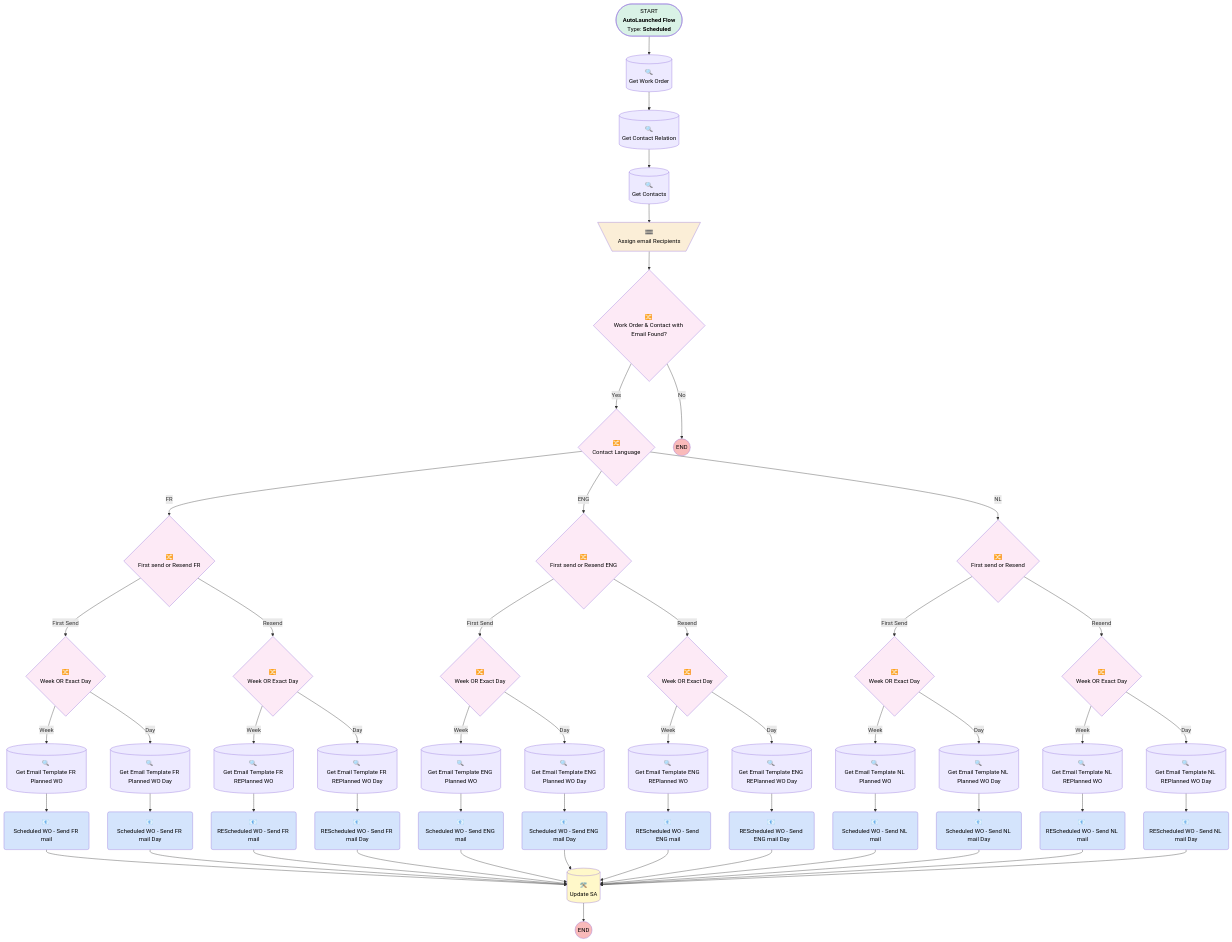
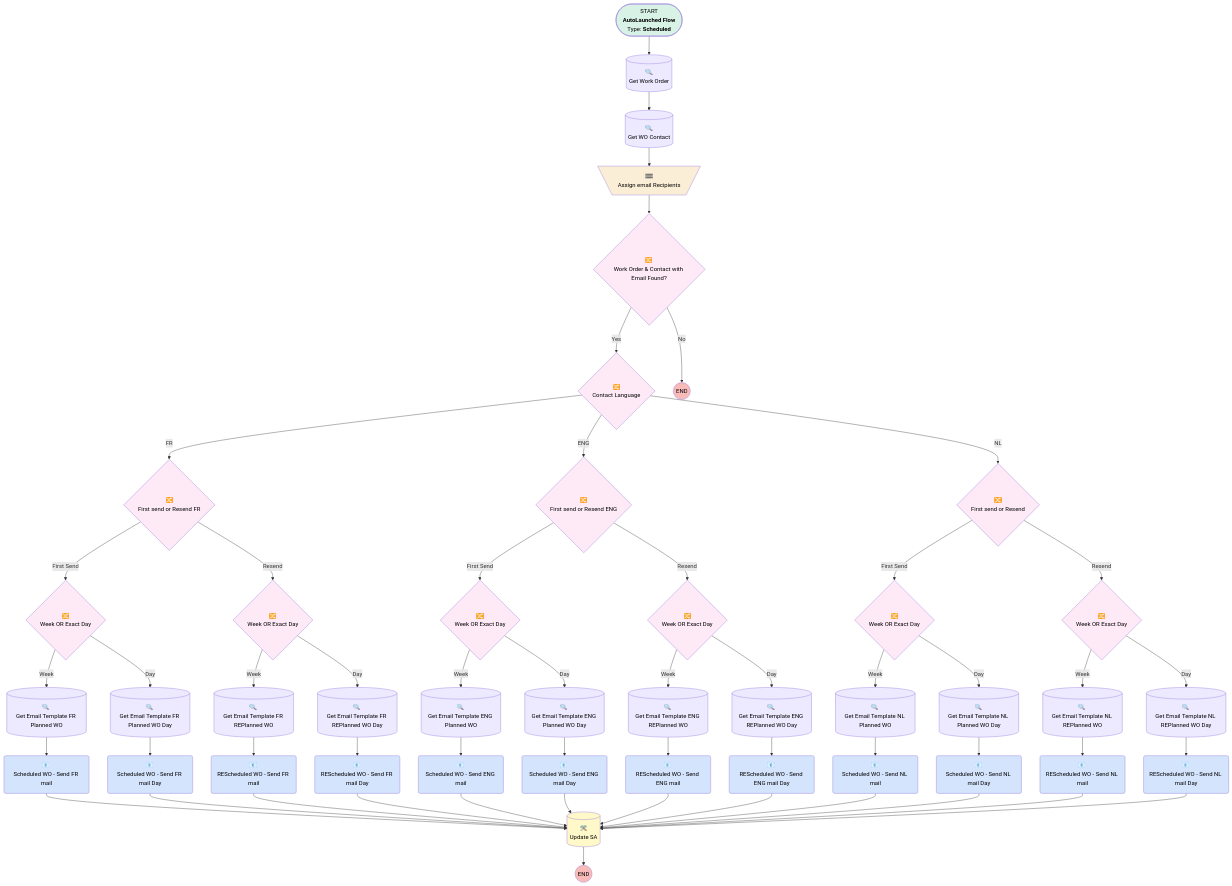
Before and after one commit to fpardon-upeo/krinkels-monitoring: the diagram in docs/flows/Service_Appointment_Scheduled_Customer_Notification.md, drawn with Mermaid. The commit also changed other lines of this file and 276 other files, not shown here.

```diff
--- a/docs/flows/Service_Appointment_Scheduled_Customer_Notification.md
+++ b/docs/flows/Service_Appointment_Scheduled_Customer_Notification.md
@@ -11,49 +11,49 @@
 
 flowchart TB
 START(["START<br/><b>AutoLaunched Flow</b></br>Type: <b> Scheduled</b>"]):::startClass
-click START "#general-information" "1355914100"
+click START "#general-information" "1013521487"
 
 REScheduled_WO_Send_ENG_mail("📧 <em></em><br/>REScheduled WO - Send ENG mail"):::actionCalls
-click REScheduled_WO_Send_ENG_mail "#rescheduled_wo_send_eng_mail" "2135964102"
+click REScheduled_WO_Send_ENG_mail "#rescheduled_wo_send_eng_mail" "1563395032"
 
 REScheduled_WO_Send_ENG_mail_Day("📧 <em></em><br/>REScheduled WO - Send ENG mail Day"):::actionCalls
-click REScheduled_WO_Send_ENG_mail_Day "#rescheduled_wo_send_eng_mail_day" "1848631256"
+click REScheduled_WO_Send_ENG_mail_Day "#rescheduled_wo_send_eng_mail_day" "808690215"
 
 REScheduled_WO_Send_FR_mail("📧 <em></em><br/>REScheduled WO - Send FR mail"):::actionCalls
-click REScheduled_WO_Send_FR_mail "#rescheduled_wo_send_fr_mail" "1298286610"
+click REScheduled_WO_Send_FR_mail "#rescheduled_wo_send_fr_mail" "4287079472"
 
 REScheduled_WO_Send_FR_mail_Day("📧 <em></em><br/>REScheduled WO - Send FR mail Day"):::actionCalls
-click REScheduled_WO_Send_FR_mail_Day "#rescheduled_wo_send_fr_mail_day" "3255687445"
+click REScheduled_WO_Send_FR_mail_Day "#rescheduled_wo_send_fr_mail_day" "255685198"
 
 REScheduled_WO_Send_NL_mail("📧 <em></em><br/>REScheduled WO - Send NL mail"):::actionCalls
-click REScheduled_WO_Send_NL_mail "#rescheduled_wo_send_nl_mail" "3265677256"
+click REScheduled_WO_Send_NL_mail "#rescheduled_wo_send_nl_mail" "1573337660"
 
 REScheduled_WO_Send_NL_mail_Day("📧 <em></em><br/>REScheduled WO - Send NL mail Day"):::actionCalls
-click REScheduled_WO_Send_NL_mail_Day "#rescheduled_wo_send_nl_mail_day" "3561876225"
+click REScheduled_WO_Send_NL_mail_Day "#rescheduled_wo_send_nl_mail_day" "272357784"
 
 Scheduled_WO_Send_ENG_mail("📧 <em></em><br/>Scheduled WO - Send ENG mail"):::actionCalls
-click Scheduled_WO_Send_ENG_mail "#scheduled_wo_send_eng_mail" "3544746943"
+click Scheduled_WO_Send_ENG_mail "#scheduled_wo_send_eng_mail" "3536185047"
 
 Scheduled_WO_Send_ENG_mail_Day("📧 <em></em><br/>Scheduled WO - Send ENG mail Day"):::actionCalls
-click Scheduled_WO_Send_ENG_mail_Day "#scheduled_wo_send_eng_mail_day" "4089875781"
+click Scheduled_WO_Send_ENG_mail_Day "#scheduled_wo_send_eng_mail_day" "3169031084"
 
 Scheduled_WO_Send_FR_mail("📧 <em></em><br/>Scheduled WO - Send FR mail"):::actionCalls
-click Scheduled_WO_Send_FR_mail "#scheduled_wo_send_fr_mail" "3198771491"
+click Scheduled_WO_Send_FR_mail "#scheduled_wo_send_fr_mail" "3873809746"
 
 Scheduled_WO_Send_FR_mail_Day("📧 <em></em><br/>Scheduled WO - Send FR mail Day"):::actionCalls
-click Scheduled_WO_Send_FR_mail_Day "#scheduled_wo_send_fr_mail_day" "1764086241"
+click Scheduled_WO_Send_FR_mail_Day "#scheduled_wo_send_fr_mail_day" "1542042991"
 
 Scheduled_WO_Send_NL_mail("📧 <em></em><br/>Scheduled WO - Send NL mail"):::actionCalls
-click Scheduled_WO_Send_NL_mail "#scheduled_wo_send_nl_mail" "4240238333"
+click Scheduled_WO_Send_NL_mail "#scheduled_wo_send_nl_mail" "1697756540"
 
 Scheduled_WO_Send_NL_mail_Day("📧 <em></em><br/>Scheduled WO - Send NL mail Day"):::actionCalls
-click Scheduled_WO_Send_NL_mail_Day "#scheduled_wo_send_nl_mail_day" "1430351579"
+click Scheduled_WO_Send_NL_mail_Day "#scheduled_wo_send_nl_mail_day" "4068910866"
 
 Assign_email_Recipients[\"🟰 <em></em><br/>Assign email Recipients"/]:::assignments
-click Assign_email_Recipients "#assign_email_recipients" "1274736035"
+click Assign_email_Recipients "#assign_email_recipients" "2562774588"
 
 Contact_Language{"🔀 <em></em><br/>Contact Language"}:::decisions
-click Contact_Language "#contact_language" "3593304308"
+click Contact_Language "#contact_language" "2831191991"
 
 First_send_or_Resend{"🔀 <em></em><br/>First send or Resend"}:::decisions
 click First_send_or_Resend "#first_send_or_resend" "99629469"
@@ -83,13 +83,7 @@
 click Week_OR_Exact_Day6 "#week_or_exact_day6" "3028823591"
 
 Work_Order_Contact_with_Email_Found{"🔀 <em></em><br/>Work Order & Contact with Email Found?"}:::decisions
-click Work_Order_Contact_with_Email_Found "#work_order_contact_with_email_found" "531392331"
-
-Get_Contact_Relation[("🔍 <em></em><br/>Get Contact Relation")]:::recordLookups
-click Get_Contact_Relation "#get_contact_relation" "1669882529"
-
-Get_Contacts[("🔍 <em></em><br/>Get Contacts")]:::recordLookups
-click Get_Contacts "#get_contacts" "1157115469"
+click Work_Order_Contact_with_Email_Found "#work_order_contact_with_email_found" "3937827058"
 
 Get_Email_Template_ENG_Planned_WO[("🔍 <em></em><br/>Get Email Template ENG Planned WO")]:::recordLookups
 click Get_Email_Template_ENG_Planned_WO "#get_email_template_eng_planned_wo" "2513349678"
@@ -127,8 +121,11 @@
 Get_Email_Template_NL_REPlanned_WO_Day[("🔍 <em></em><br/>Get Email Template NL REPlanned WO Day")]:::recordLookups
 click Get_Email_Template_NL_REPlanned_WO_Day "#get_email_template_nl_replanned_wo_day" "4076393078"
 
+Get_WO_Contact[("🔍 <em></em><br/>Get WO Contact")]:::recordLookups
+click Get_WO_Contact "#get_wo_contact" "3176914413"
+
 Get_work_Order[("🔍 <em></em><br/>Get Work Order")]:::recordLookups
-click Get_work_Order "#get_work_order" "4186512945"
+click Get_work_Order "#get_work_order" "1055462644"
 
 Update_SA[("🛠️ <em></em><br/>Update SA")]:::recordUpdates
 click Update_SA "#update_sa" "310899656"
@@ -169,8 +166,6 @@
 Week_OR_Exact_Day6 --> |"Day"| Get_Email_Template_NL_REPlanned_WO_Day
 Work_Order_Contact_with_Email_Found --> |"Yes"| Contact_Language
 Work_Order_Contact_with_Email_Found --> |"No"| END_Work_Order_Contact_with_Email_Found
-Get_Contact_Relation --> Get_Contacts
-Get_Contacts --> Assign_email_Recipients
 Get_Email_Template_ENG_Planned_WO --> Scheduled_WO_Send_ENG_mail
 Get_Email_Template_ENG_Planned_WO_Day --> Scheduled_WO_Send_ENG_mail_Day
 Get_Email_Template_ENG_REPlanned_WO --> REScheduled_WO_Send_ENG_mail
@@ -183,7 +178,8 @@
 Get_Email_Template_NL_Planned_WO_Day --> Scheduled_WO_Send_NL_mail_Day
 Get_Email_Template_NL_REPlanned_WO --> REScheduled_WO_Send_NL_mail
 Get_Email_Template_NL_REPlanned_WO_Day --> REScheduled_WO_Send_NL_mail_Day
-Get_work_Order --> Get_Contact_Relation
+Get_WO_Contact --> Assign_email_Recipients
+Get_work_Order --> Get_WO_Contact
 Update_SA --> END_Update_SA
 START -->  Get_work_Order
 END_Work_Order_Contact_with_Email_Found(( END )):::endClass
```
